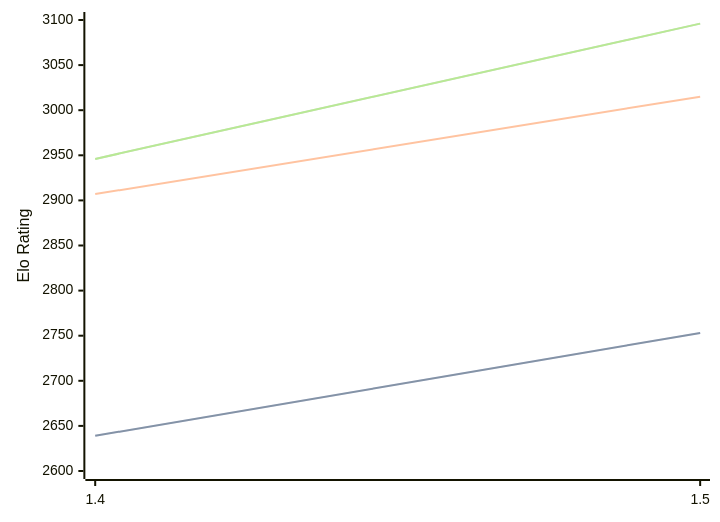
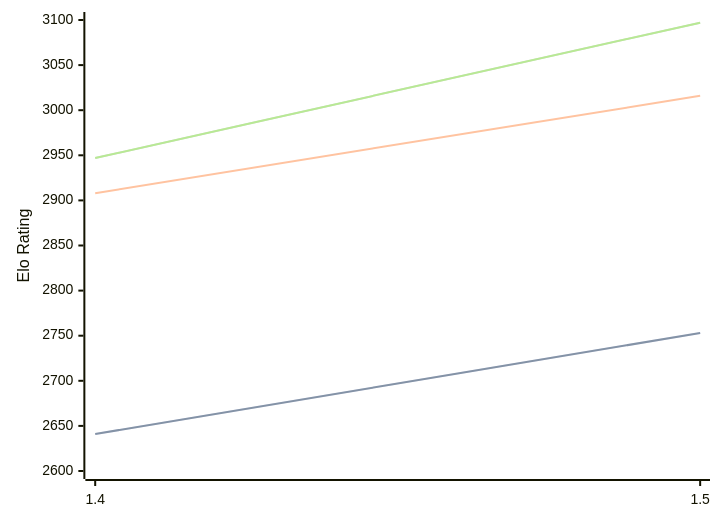
Before and after one commit to computer-chess-index/cci: the diagram in engines/Yakka.md, drawn with Mermaid. The commit also changed other lines of this file, not shown here.

Commit message:
Update CCI Ratings (ELO VLTC) - 2026-07-23

````diff
--- a/engines/Yakka.md
+++ b/engines/Yakka.md
@@ -36,11 +36,11 @@
 ```mermaid
 %%{init: {"theme":"base","themeVariables":{"seriesColors:['#a3a3a3','#222221','#faa371']}}}%%
 xychart-beta
   x-axis ["1.4", "1.5"]
   y-axis "Elo Rating" 2600 --> 3100
-  line "STC (8.0+0.08s)" [2639, 2753]
-  line "STC (8.0+0.08s)" [2639, 2753]
-  line "LTC (60.0+0.60s)" [2907, 3015]
-  line "VLTC (2m24s+1.12s)" [2946, 3096]
-  line "VLTC (2m24s+1.12s)" [2946, 3096]
+  line "STC (8.0+0.08s)" [2641, 2753]
+  line "STC (8.0+0.08s)" [2641, 2753]
+  line "LTC (60.0+0.60s)" [2908, 3016]
+  line "VLTC (2m24s+1.12s)" [2947, 3097]
+  line "VLTC (2m24s+1.12s)" [2947, 3097]
 ```
````
